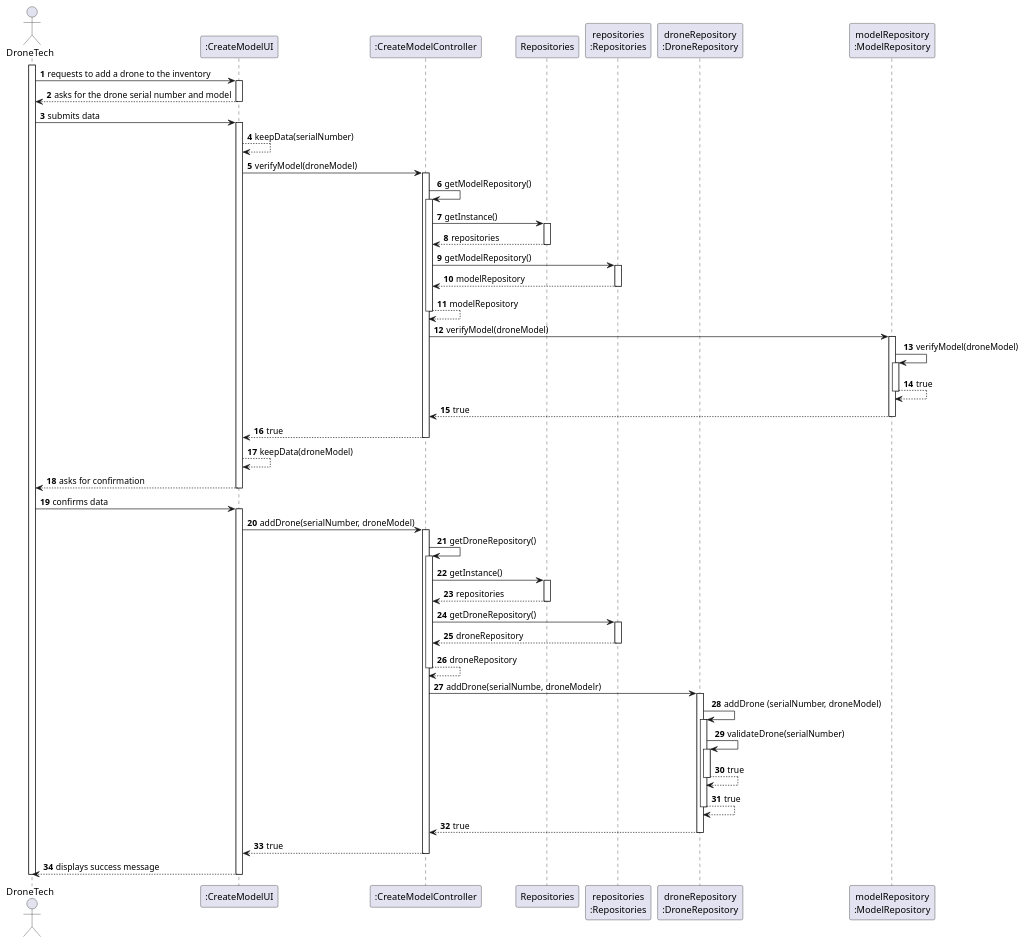
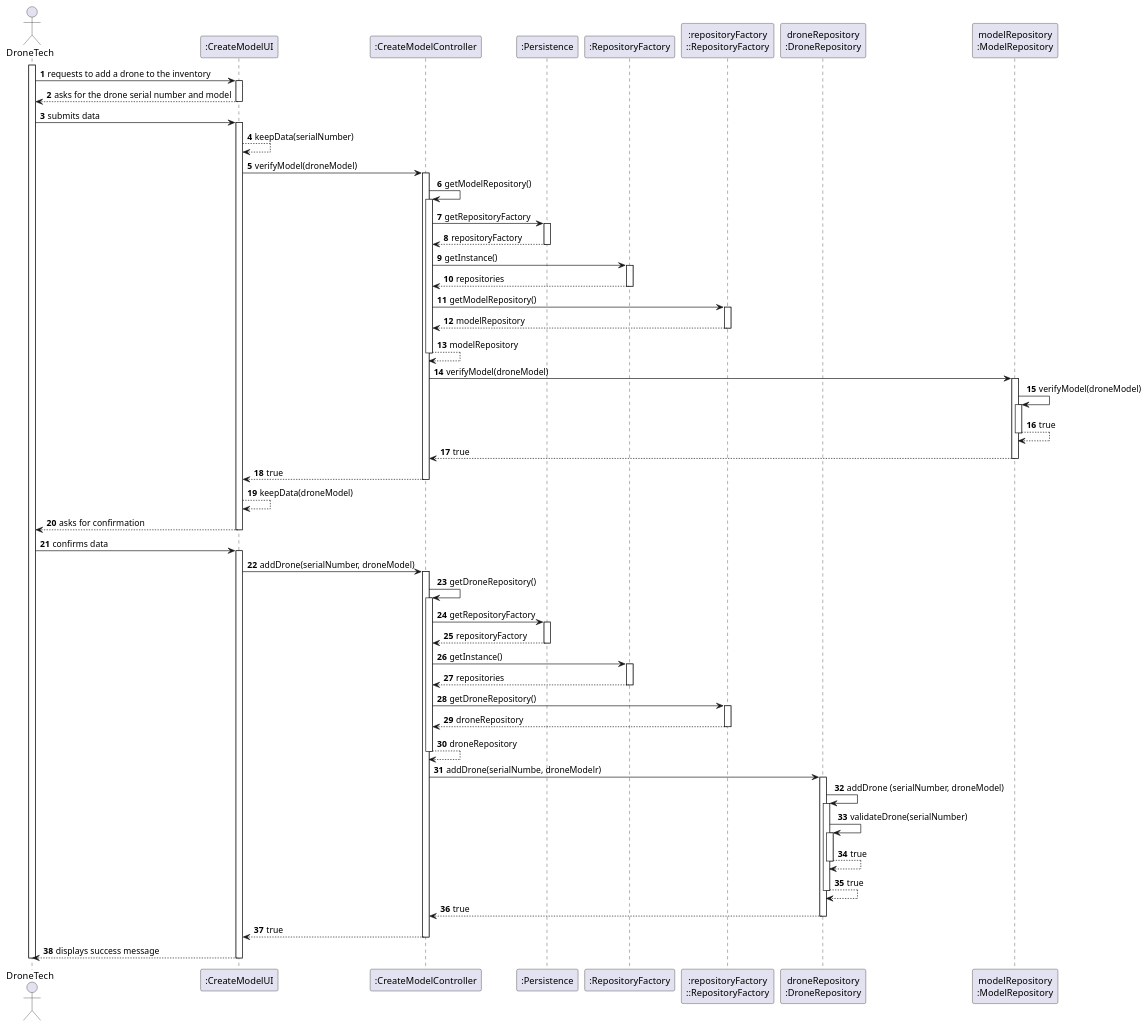
Before and after one commit to diogoveirospro/sem4pi-2024-2025-sem4pi_2024_2025_g44: the diagram in docs/SPRINT_2/US241/puml/sequence_diagram_us241.puml, drawn with PlantUML. The commit also changed 5 other files, not shown here.

```diff
--- a/docs/SPRINT_2/US241/puml/sequence_diagram_us241.puml
+++ b/docs/SPRINT_2/US241/puml/sequence_diagram_us241.puml
@@ -1,94 +1,103 @@
 @startuml
 'skinparam monochrome true
 skinparam packageStyle rectangle
 skinparam shadowing false
 
 autonumber
 
 actor "DroneTech" as DT
 participant ":CreateModelUI" as UI
 participant ":CreateModelController" as CTRL
-participant "Repositories" as REPOS
-participant "repositories\n:Repositories" as REPOS_SINGLETON
+participant ":Persistence" as PERS
+participant ":RepositoryFactory" as REPOS
+participant ":repositoryFactory\n::RepositoryFactory" as REPOS_SINGLETON
 participant "droneRepository\n:DroneRepository" as DRN_REPO
 participant "modelRepository\n:ModelRepository" as MDL_REPO
 
 activate DT
 
 DT -> UI : requests to add a drone to the inventory
 activate UI
     UI --> DT : asks for the drone serial number and model
         deactivate UI
     DT -> UI : submits data
     activate UI
     UI --> UI : keepData(serialNumber)
 
     UI -> CTRL : verifyModel(droneModel)
     activate CTRL
     CTRL -> CTRL :getModelRepository()
             activate CTRL
+            CTRL -> PERS : getRepositoryFactory
+                                        activate PERS
+                                        PERS --> CTRL : repositoryFactory
+                                        deactivate PERS
             CTRL -> REPOS : getInstance()
             activate REPOS
                 REPOS --> CTRL : repositories
             deactivate REPOS
 
             CTRL -> REPOS_SINGLETON : getModelRepository()
             activate REPOS_SINGLETON
                 REPOS_SINGLETON --> CTRL : modelRepository
             deactivate REPOS_SINGLETON
             CTRL -->CTRL : modelRepository
             deactivate CTRL
     CTRL -> MDL_REPO : verifyModel(droneModel)
     activate MDL_REPO
     MDL_REPO -> MDL_REPO : verifyModel(droneModel)
     activate MDL_REPO
     MDL_REPO --> MDL_REPO : true
     deactivate MDL_REPO
     MDL_REPO --> CTRL : true
     deactivate MDL_REPO
     CTRL --> UI : true
     deactivate CTRL
     UI --> UI : keepData(droneModel)
 
     UI --> DT : asks for confirmation
     deactivate UI
     DT -> UI : confirms data
     activate UI
     UI -> CTRL : addDrone(serialNumber, droneModel)
     activate CTRL
         CTRL -> CTRL :getDroneRepository()
         activate CTRL
+        CTRL -> PERS : getRepositoryFactory
+                                                activate PERS
+                                                PERS --> CTRL : repositoryFactory
+                                                deactivate PERS
         CTRL -> REPOS : getInstance()
         activate REPOS
             REPOS --> CTRL : repositories
         deactivate REPOS
 
         CTRL -> REPOS_SINGLETON : getDroneRepository()
         activate REPOS_SINGLETON
             REPOS_SINGLETON --> CTRL : droneRepository
         deactivate REPOS_SINGLETON
         CTRL -->CTRL : droneRepository
         deactivate CTRL
             CTRL -> DRN_REPO : addDrone(serialNumbe, droneModelr)
             activate DRN_REPO
 
         DRN_REPO -> DRN_REPO: addDrone (serialNumber, droneModel)
                 activate DRN_REPO
                     DRN_REPO -> DRN_REPO: validateDrone(serialNumber)
                     activate DRN_REPO
                         DRN_REPO --> DRN_REPO : true
                     deactivate DRN_REPO
 
                     DRN_REPO --> DRN_REPO : true
                 deactivate DRN_REPO
             DRN_REPO --> CTRL : true
         deactivate DRN_REPO
 
         CTRL --> UI : true
     deactivate CTRL
 
 UI --> DT : displays success message
 deactivate UI
 deactivate DT
 
 @enduml
```
